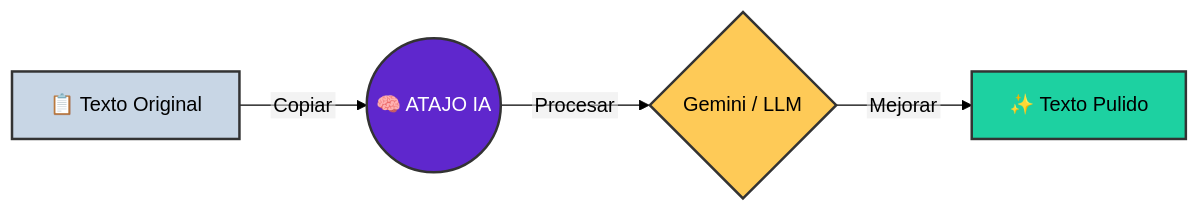
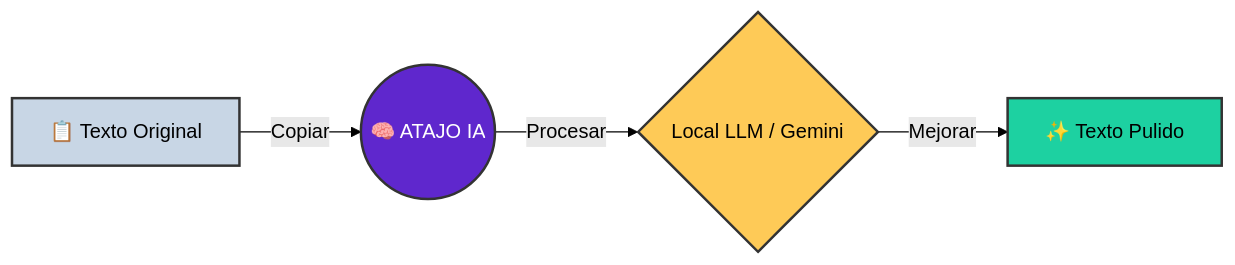
Before and after one commit to zarvent/v2m-lab: the second of 2 diagrams in docs/docs/es/guia_rapida.md, drawn with Mermaid (forest theme). The commit also changed other lines of this file and 6 other files, not shown here.

````diff
--- a/docs/docs/es/guia_rapida.md
+++ b/docs/docs/es/guia_rapida.md
@@ -40,12 +42,11 @@
 ```mermaid
-%%{init: {"flowchart": {"htmlLabels": false}} }%%
 flowchart LR
     A[📋 Texto Original] -->|Copiar| B((🧠 ATAJO IA))
-    B -->|Procesar| C{Gemini / LLM}
+    B -->|Procesar| C{Local LLM / Gemini}
     C -->|Mejorar| D[✨ Texto Pulido]
 
     style A fill:#c8d6e5,stroke:#333,stroke-width:2px
     style B fill:#5f27cd,stroke:#333,stroke-width:2px,color:white
     style C fill:#feca57,stroke:#333,stroke-width:2px
     style D fill:#1dd1a1,stroke:#333,stroke-width:2px
 ```
````
